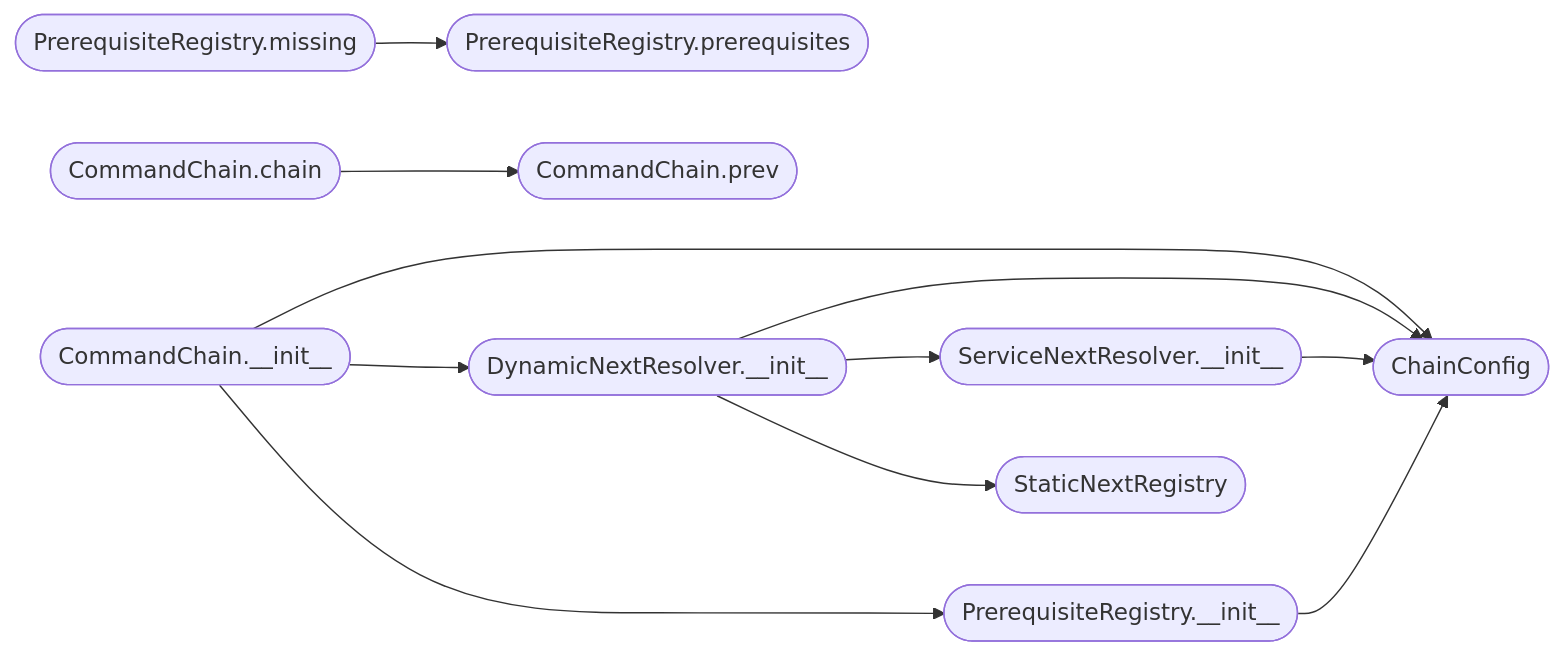
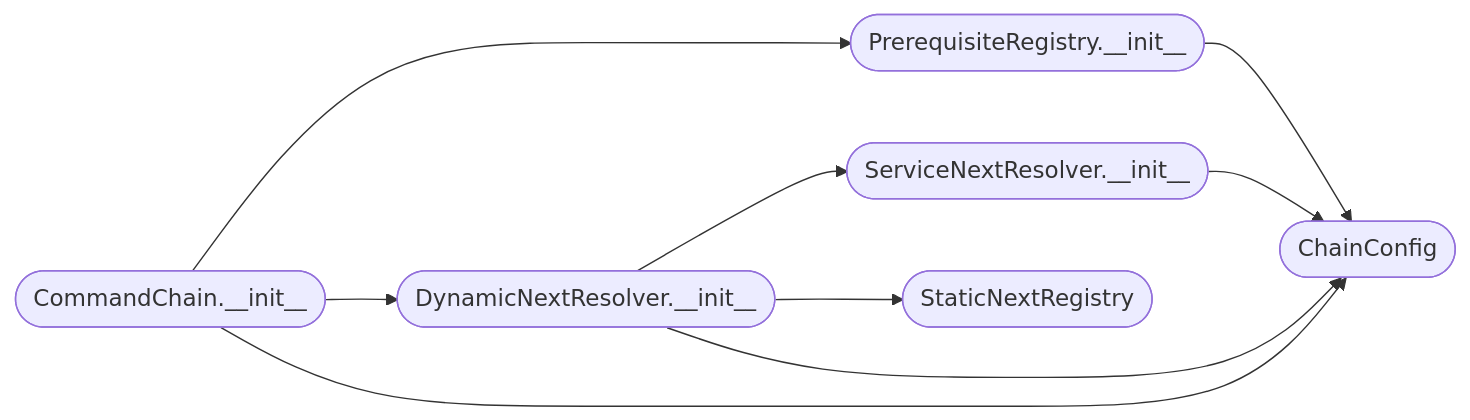
Before and after one commit to grisuno/LazyOwn: the second of 2 diagrams in readmenator-apidocs/modules/cli.command_chain.py.md, drawn with Mermaid. The commit also changed other lines of this file and 434 other files, not shown here.

````diff
--- a/readmenator-apidocs/modules/cli.command_chain.py.md
+++ b/readmenator-apidocs/modules/cli.command_chain.py.md
@@ -77,23 +74,17 @@
 ```mermaid
 flowchart LR
     n_cli_command_chain_py__PrerequisiteRegistry___init__(["PrerequisiteRegistry.__init__"])
     n_cli_command_chain_py__ChainConfig(["ChainConfig"])
-    n_cli_command_chain_py__PrerequisiteRegistry_missing(["PrerequisiteRegistry.missing"])
-    n_cli_command_chain_py__PrerequisiteRegistry_prerequisites(["PrerequisiteRegistry.prerequisites"])
     n_cli_command_chain_py__ServiceNextResolver___init__(["ServiceNextResolver.__init__"])
     n_cli_command_chain_py__DynamicNextResolver___init__(["DynamicNextResolver.__init__"])
     n_cli_command_chain_py__StaticNextRegistry(["StaticNextRegistry"])
     n_cli_command_chain_py__CommandChain___init__(["CommandChain.__init__"])
-    n_cli_command_chain_py__CommandChain_chain(["CommandChain.chain"])
-    n_cli_command_chain_py__CommandChain_prev(["CommandChain.prev"])
     n_cli_command_chain_py__PrerequisiteRegistry___init__ --> n_cli_command_chain_py__ChainConfig
-    n_cli_command_chain_py__PrerequisiteRegistry_missing --> n_cli_command_chain_py__PrerequisiteRegistry_prerequisites
     n_cli_command_chain_py__ServiceNextResolver___init__ --> n_cli_command_chain_py__ChainConfig
     n_cli_command_chain_py__DynamicNextResolver___init__ --> n_cli_command_chain_py__ChainConfig
     n_cli_command_chain_py__DynamicNextResolver___init__ --> n_cli_command_chain_py__ServiceNextResolver___init__
     n_cli_command_chain_py__DynamicNextResolver___init__ --> n_cli_command_chain_py__StaticNextRegistry
     n_cli_command_chain_py__CommandChain___init__ --> n_cli_command_chain_py__ChainConfig
     n_cli_command_chain_py__CommandChain___init__ --> n_cli_command_chain_py__DynamicNextResolver___init__
     n_cli_command_chain_py__CommandChain___init__ --> n_cli_command_chain_py__PrerequisiteRegistry___init__
-    n_cli_command_chain_py__CommandChain_chain --> n_cli_command_chain_py__CommandChain_prev
 ```
````
